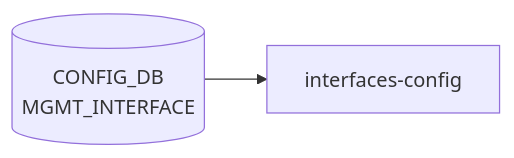
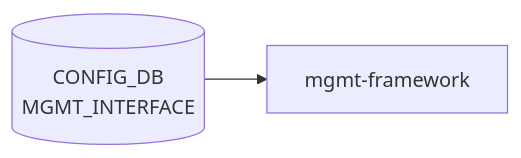
Before and after one commit to aoki-taquan/sonic-unofficial-docs: the diagram in docs/reference/config-db/mgmt-interface.md, drawn with Mermaid. The commit also changed 13 other files, not shown here.

````diff
--- a/docs/reference/config-db/mgmt-interface.md
+++ b/docs/reference/config-db/mgmt-interface.md
@@ -31,6 +31,6 @@
 ```mermaid
 flowchart LR
   CDB[("CONFIG_DB<br/>MGMT_INTERFACE")]
-  DM["interfaces-config"]
+  DM["mgmt-framework"]
   CDB --> DM
 ```
````
